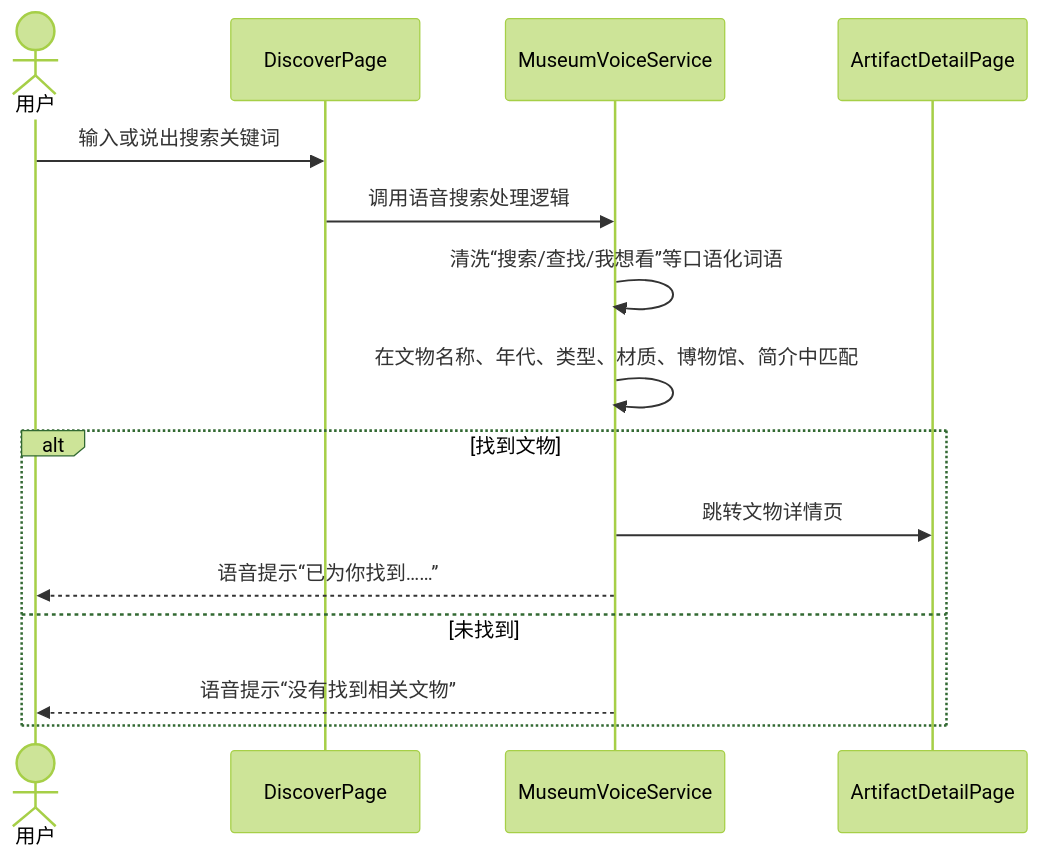
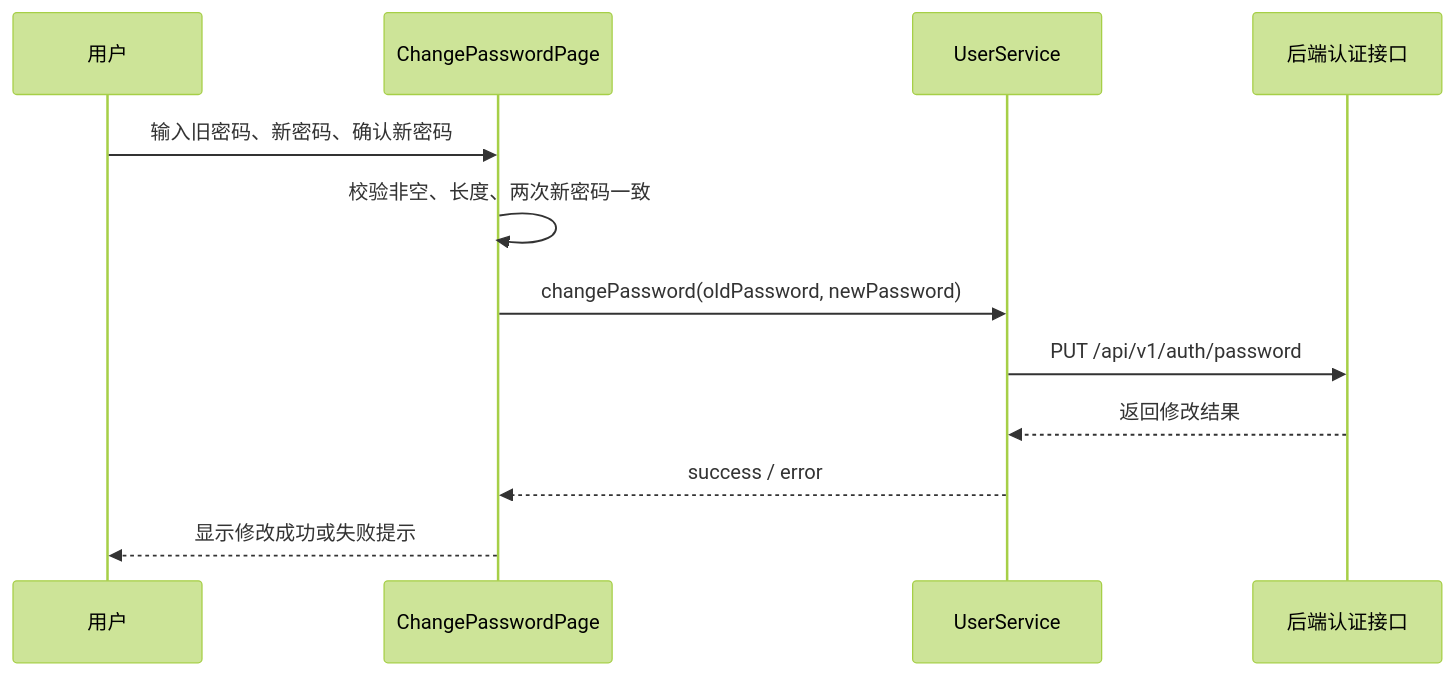
Before and after one commit to BUCT-CS2301/PalmMuseum: diagram 16 of 18 in Doc/需求规格说明书.md, drawn with Mermaid (forest theme). The commit also changed other lines of this file, not shown here.

````diff
--- a/Doc/需求规格说明书.md
+++ b/Doc/需求规格说明书.md
@@ -281,18 +1316,15 @@
 ```mermaid
 sequenceDiagram
-    actor 用户
-    participant Discover as DiscoverPage
-    participant Voice as MuseumVoiceService
-    participant Detail as ArtifactDetailPage
+    participant User as 用户
+    participant Page as ChangePasswordPage
+    participant Service as UserService
+    participant API as 后端认证接口
 
-    用户->>Discover: 输入或说出搜索关键词
-    Discover->>Voice: 调用语音搜索处理逻辑
-    Voice->>Voice: 清洗“搜索/查找/我想看”等口语化词语
-    Voice->>Voice: 在文物名称、年代、类型、材质、博物馆、简介中匹配
-    alt 找到文物
-        Voice->>Detail: 跳转文物详情页
-        Voice-->>用户: 语音提示“已为你找到……”
-    else 未找到
-        Voice-->>用户: 语音提示“没有找到相关文物”
-    end
+    User->>Page: 输入旧密码、新密码、确认新密码
+    Page->>Page: 校验非空、长度、两次新密码一致
+    Page->>Service: changePassword(oldPassword, newPassword)
+    Service->>API: PUT /api/v1/auth/password
+    API-->>Service: 返回修改结果
+    Service-->>Page: success / error
+    Page-->>User: 显示修改成功或失败提示
 ```
````
